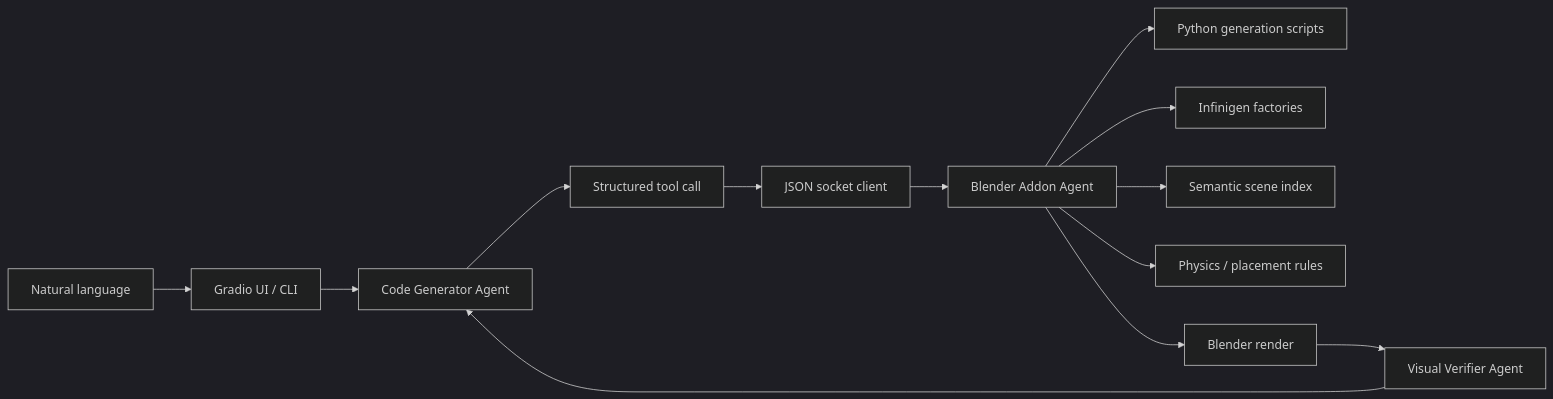
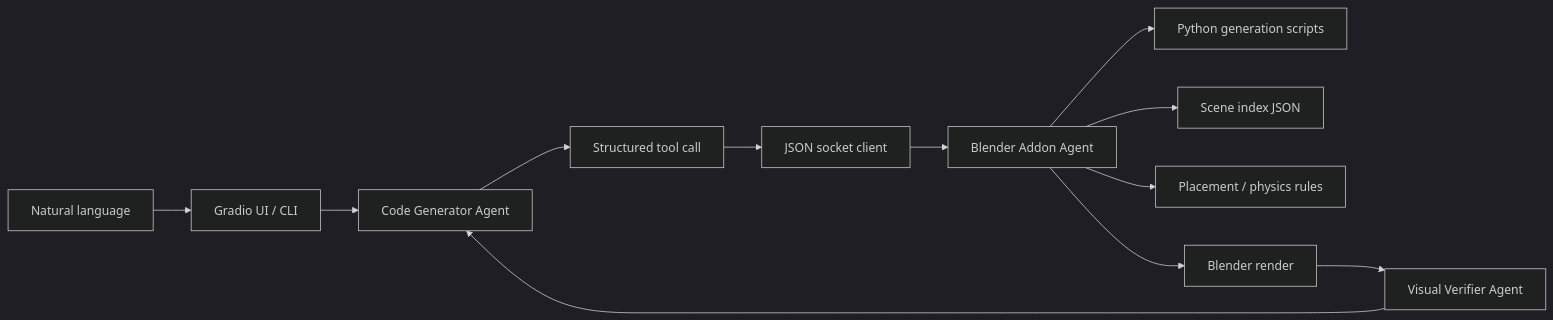
One commit to llada60/SCRIPT3D changed the diagram in README.md. Above: the diagram before and after it, drawn with Mermaid (dark theme). The commit also changed other lines of this file, not shown here.

Commit message:
Rewrite README for script-controlled Infinigen agent

````diff
--- a/README.md
+++ b/README.md
@@ -40,15 +59,14 @@
 ```mermaid
 flowchart LR
     User["Natural language"] --> UI["Gradio UI / CLI"]
     UI --> CodeAgent["Code Generator Agent"]
     CodeAgent --> ToolCall["Structured tool call"]
     ToolCall --> BlenderClient["JSON socket client"]
     BlenderClient --> AddonAgent["Blender Addon Agent"]
     AddonAgent --> Scripts["Python generation scripts"]
-    AddonAgent --> Infinigen["Infinigen factories"]
-    AddonAgent --> SceneIndex["Semantic scene index"]
-    AddonAgent --> Physics["Physics / placement rules"]
+    AddonAgent --> SceneIndex["Scene index JSON"]
+    AddonAgent --> Physics["Placement / physics rules"]
     AddonAgent --> Render["Blender render"]
     Render --> VisualAgent["Visual Verifier Agent"]
     VisualAgent --> CodeAgent
 ```
````
